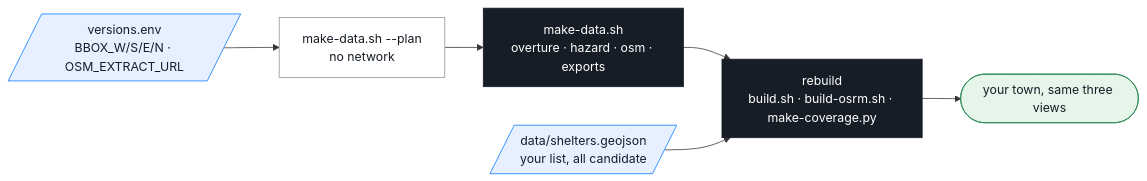
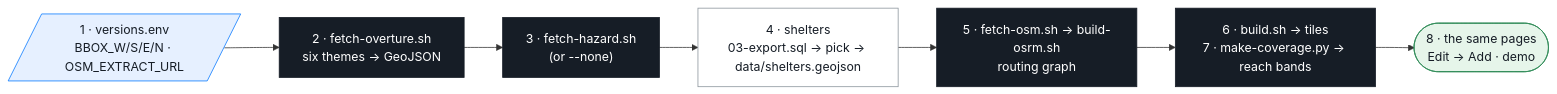
One commit to vishal4c/routes-to-safety-workshop changed the sixth of 6 diagrams in README.md. Above: the diagram before and after it, drawn with Mermaid. The commit also changed other lines of this file and 74 other files, not shown here.

````diff
--- a/README.md
+++ b/README.md
@@ -315,16 +487,16 @@
 ```mermaid
 flowchart LR
   classDef file fill:#E6F0FF,stroke:#0678FF,color:#161D26
   classDef tool fill:#161D26,stroke:#161D26,color:#FFFFFF
   classDef step fill:#FFFFFF,stroke:#8A939B,color:#161D26
   classDef chk  fill:#E6F5EA,stroke:#2E8B57,color:#161D26
 
-  VE[/"versions.env<br/>BBOX_W/S/E/N · OSM_EXTRACT_URL"/]:::file
-  PL["make-data.sh --plan<br/>no network"]:::step
-  FE["make-data.sh<br/>overture · hazard · osm · exports"]:::tool
-  SH[/"data/shelters.geojson<br/>your list, all candidate"/]:::file
-  RB["rebuild<br/>build.sh · build-osrm.sh · make-coverage.py"]:::tool
-  OK(["your town, same three views"]):::chk
-  VE --> PL --> FE --> RB --> OK
-  SH --> RB
+  VE[/"1 · versions.env<br/>BBOX_W/S/E/N · OSM_EXTRACT_URL"/]:::file
+  OV["2 · fetch-overture.sh<br/>six themes → GeoJSON"]:::tool
+  HZ["3 · fetch-hazard.sh<br/>(or --none)"]:::tool
+  SH["4 · shelters<br/>03-export.sql → pick → data/shelters.geojson"]:::step
+  RG["5 · fetch-osm.sh → build-osrm.sh<br/>routing graph"]:::tool
+  TL["6 · build.sh → tiles<br/>7 · make-coverage.py → reach bands"]:::tool
+  AP(["8 · the same pages<br/>Edit → Add · demo"]):::chk
+  VE --> OV --> HZ --> SH --> RG --> TL --> AP
 ```
````
